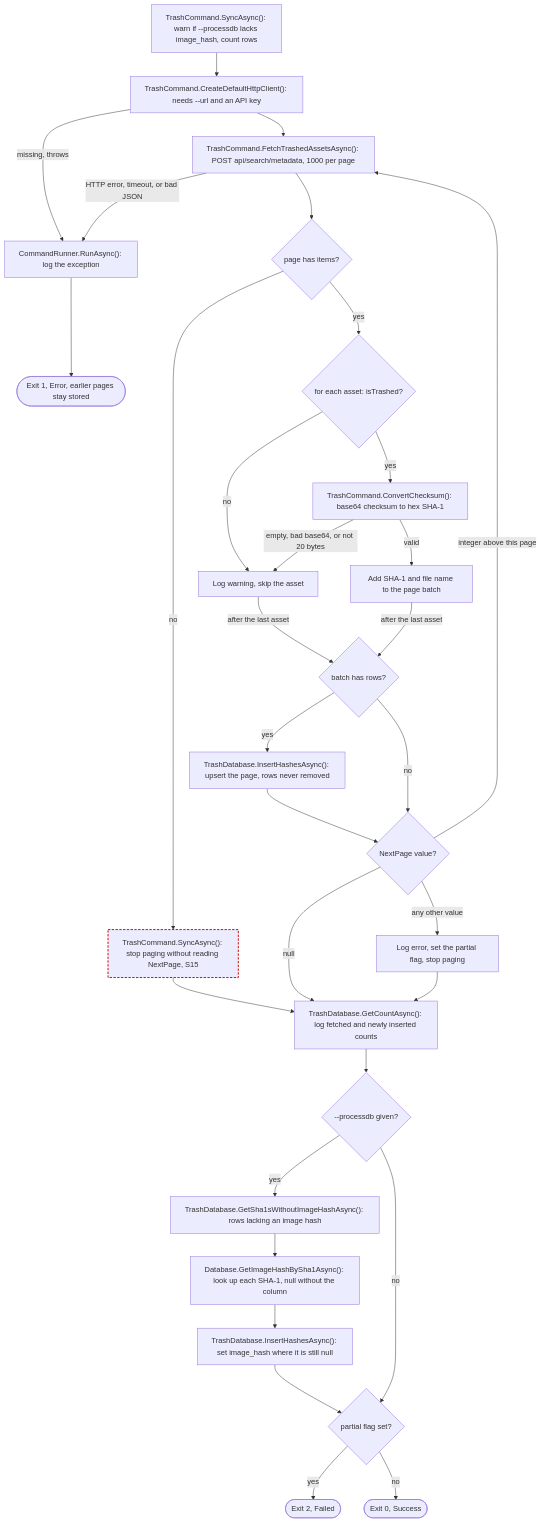
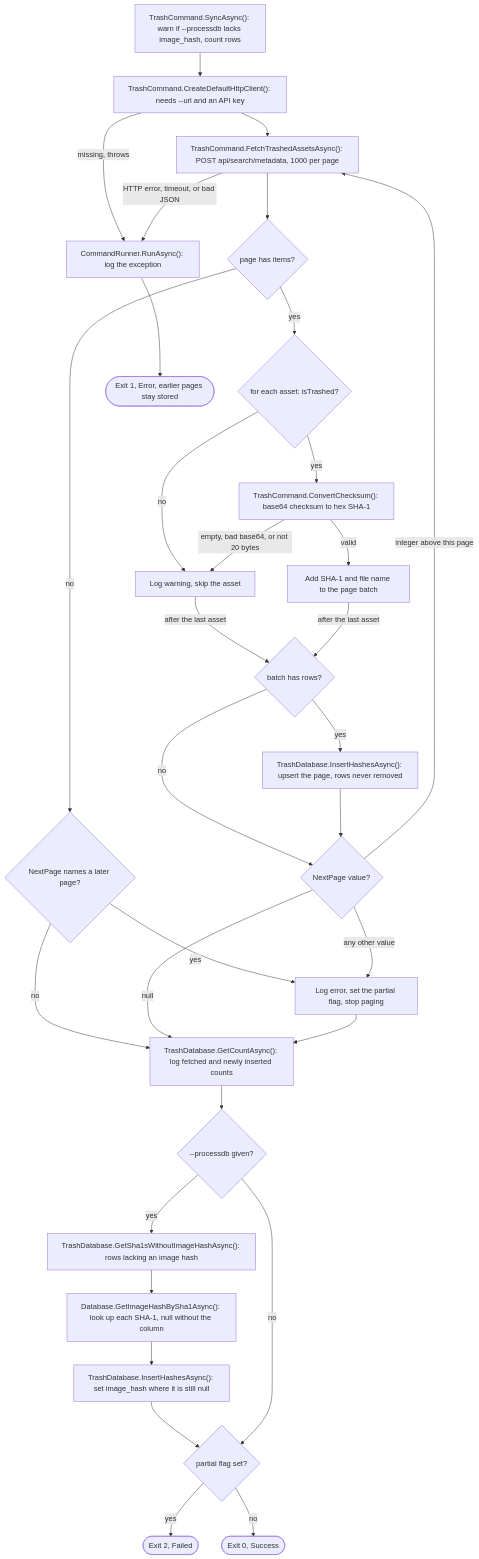
One commit to ptr727/PhotoCleaner changed diagram 17 of 23 in ARCHITECTURE.md. Above: the diagram before and after it, drawn with Mermaid. The commit also changed other lines of this file and 2 other files, not shown here.

Commit message:
Mark an Empty Trash Page Naming a Later Page as a Partial Sync

````diff
--- a/ARCHITECTURE.md
+++ b/ARCHITECTURE.md
@@ -928,34 +928,36 @@
 ```mermaid
 flowchart TD
   S1["TrashCommand.SyncAsync(): warn if --processdb lacks image_hash, count rows"] --> S2["TrashCommand.CreateDefaultHttpClient(): needs --url and an API key"]
   S2 -->|"missing, throws"| SE
   S2 --> S3["TrashCommand.FetchTrashedAssetsAsync(): POST api/search/metadata, 1000 per page"]
   S3 -->|"HTTP error, timeout, or bad JSON"| SE
   S3 --> S4{"page has items?"}
-  S4 -->|"no"| S5["TrashCommand.SyncAsync(): stop paging without reading NextPage, S15"]:::suspect
+  S4 -->|"no"| S5{"NextPage names a later page?"}
+  S5 -->|"yes"| S13
+  S5 -->|"no"| S14
   S4 -->|"yes"| S6{"for each asset: isTrashed?"}
   S6 -->|"no"| S7["Log warning, skip the asset"]
   S6 -->|"yes"| S8["TrashCommand.ConvertChecksum(): base64 checksum to hex SHA-1"]
   S8 -->|"empty, bad base64, or not 20 bytes"| S7
   S8 -->|"valid"| S9["Add SHA-1 and file name to the page batch"]
   S7 -->|"after the last asset"| S10{"batch has rows?"}
   S9 -->|"after the last asset"| S10
   S10 -->|"yes"| S11["TrashDatabase.InsertHashesAsync(): upsert the page, rows never removed"]
   S10 -->|"no"| S12
   S11 --> S12{"NextPage value?"}
   S12 -->|"integer above this page"| S3
   S12 -->|"null"| S14
   S12 -->|"any other value"| S13["Log error, set the partial flag, stop paging"]
   S13 --> S14
-  S5 --> S14["TrashDatabase.GetCountAsync(): log fetched and newly inserted counts"]
+  S14["TrashDatabase.GetCountAsync(): log fetched and newly inserted counts"]
   S14 --> S15{"--processdb given?"}
   S15 -->|"yes"| S16["TrashDatabase.GetSha1sWithoutImageHashAsync(): rows lacking an image hash"]
   S16 --> S17["Database.GetImageHashBySha1Async(): look up each SHA-1, null without the column"]
   S17 --> S18["TrashDatabase.InsertHashesAsync(): set image_hash where it is still null"]
   S18 --> S19
   S15 -->|"no"| S19{"partial flag set?"}
   S19 -->|"yes"| S20(["Exit 2, Failed"])
   S19 -->|"no"| S21(["Exit 0, Success"])
   SE["CommandRunner.RunAsync(): log the exception"] --> S22(["Exit 1, Error, earlier pages stay stored"])
   classDef suspect stroke:#c00,stroke-width:2px,stroke-dasharray:5 3
 ```
````
